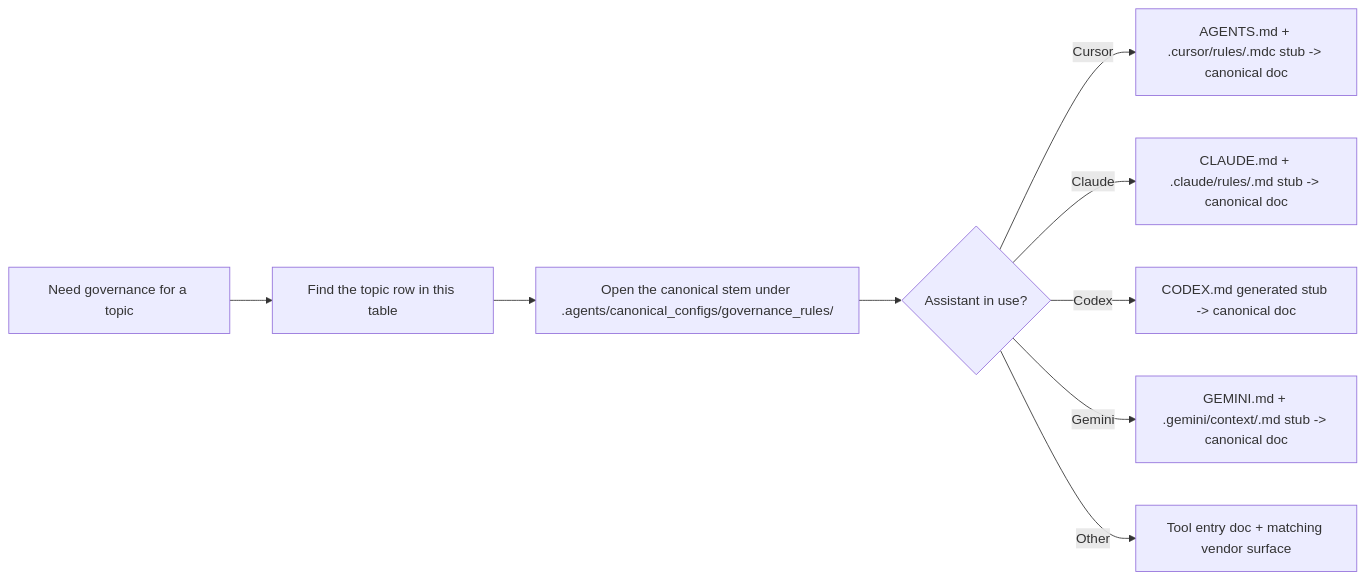
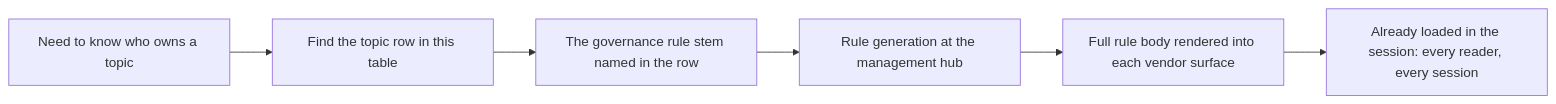
One commit to ARUP-CAS/aiscr-webamcr changed the diagram in .agents/canonical_configs/references/governance_by_tool.md. Above: the diagram before and after it, drawn with Mermaid. The commit also changed other lines of this file and 446 other files, not shown here.

First line of the commit message:
chore: reconcile AI governance with the aiscr-management hub (b257a1a8)

````diff
--- a/.agents/canonical_configs/references/governance_by_tool.md
+++ b/.agents/canonical_configs/references/governance_by_tool.md
@@ -9,11 +15,8 @@
 ```mermaid
 flowchart LR
-  topic["Need governance for a topic"] --> table["Find the topic row in this table"]
-  table --> stem["Open the canonical stem under .agents/canonical_configs/governance_rules/"]
-  stem --> assistant{"Assistant in use?"}
-  assistant -->|Cursor| cursor["AGENTS.md + .cursor/rules/<stem>.mdc stub -> canonical doc"]
-  assistant -->|Claude| claude["CLAUDE.md + .claude/rules/<stem>.md stub -> canonical doc"]
-  assistant -->|Codex| codex["CODEX.md generated stub -> canonical doc"]
-  assistant -->|Gemini| gemini["GEMINI.md + .gemini/context/<stem>.md stub -> canonical doc"]
-  assistant -->|Other| other["Tool entry doc + matching vendor surface"]
+  topic["Need to know who owns a topic"] --> table["Find the topic row in this table"]
+  table --> stem["The governance rule stem named in the row"]
+  stem --> gen["Rule generation at the management hub"]
+  gen --> delivered["Full rule body rendered into each vendor surface"]
+  delivered --> loaded["Already loaded in the session: every reader, every session"]
 ```
````
